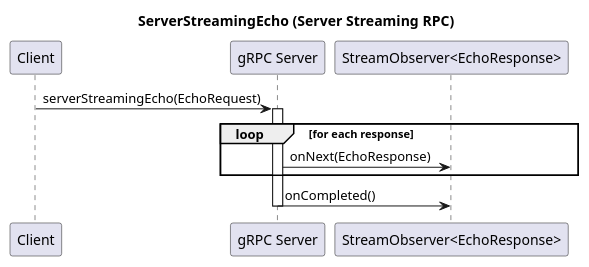
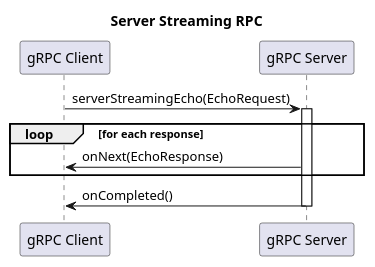
One commit to c0p4c4b4n4/grpc-grpc-java changed the diagram in _raw/example1/images/server_streaming.puml. Above: the diagram before and after it, drawn with PlantUML. The commit also changed 1 other file, not shown here.

```diff
--- a/_raw/example1/images/server_streaming.puml
+++ b/_raw/example1/images/server_streaming.puml
@@ -1,17 +1,17 @@
 @startuml
-title ServerStreamingEcho (Server Streaming RPC)
+title Server Streaming RPC
 
-participant Client
+participant "gRPC Client" as Client
 participant "gRPC Server" as Server
-participant "StreamObserver<EchoResponse>" as RespObs
 
 Client -> Server: serverStreamingEcho(EchoRequest)
 activate Server
 
 loop for each response
-  Server -> RespObs: onNext(EchoResponse)
+  Server -> Client: onNext(EchoResponse)
 end
 
-Server -> RespObs: onCompleted()
+Server -> Client: onCompleted()
 deactivate Server
+
 @enduml
```
